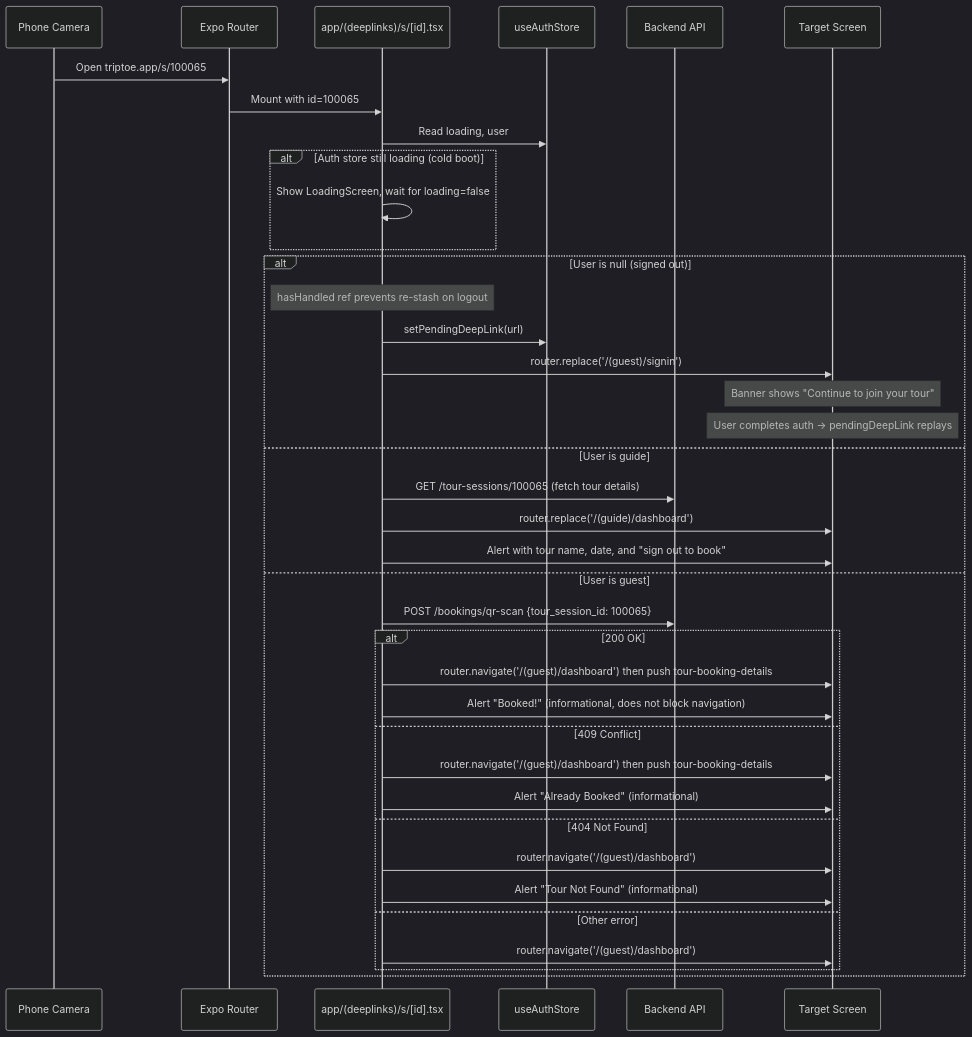
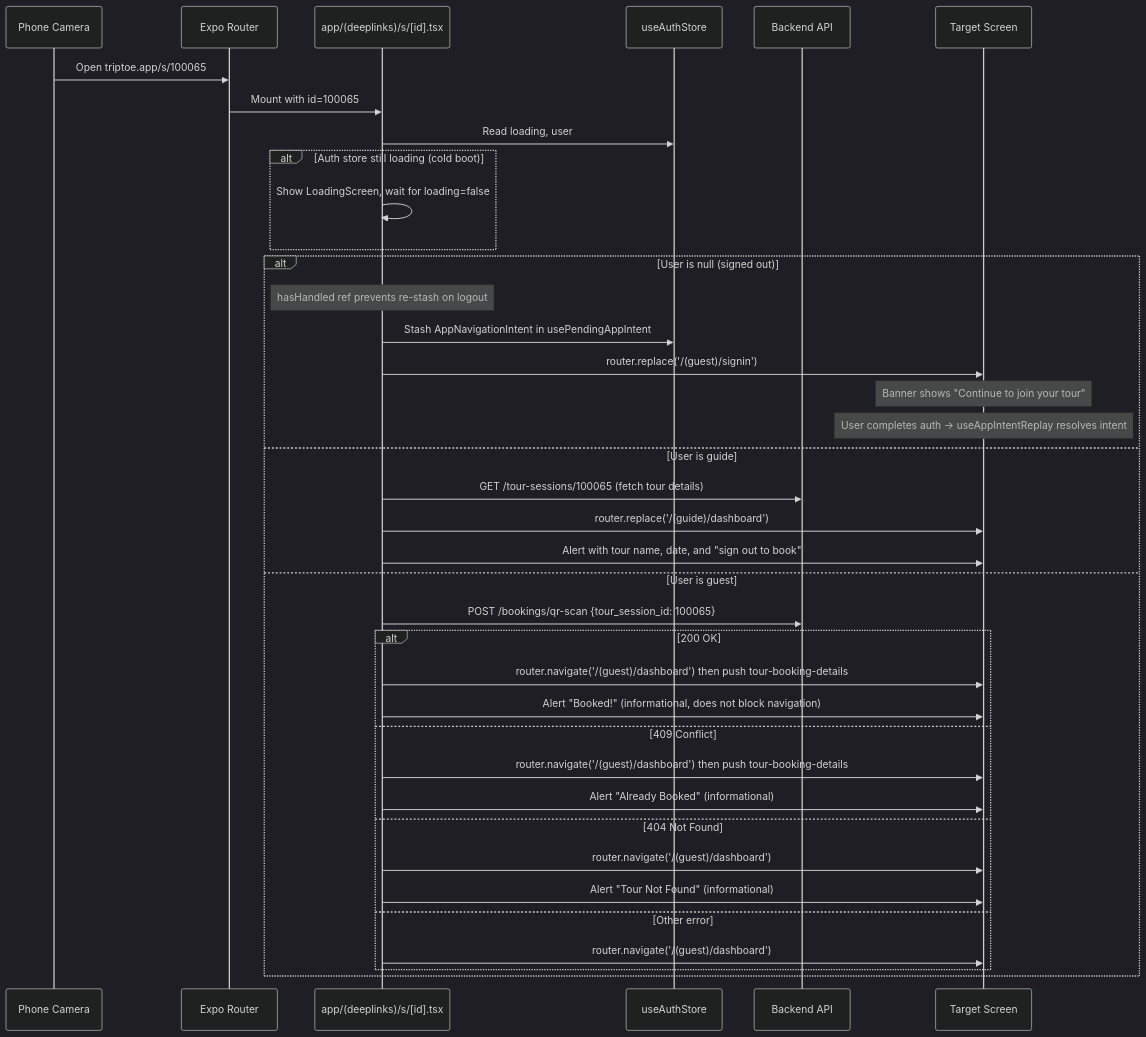
One commit to wariya-placehub/triptoe-docs changed the second of 3 diagrams in 9b_feature_tour_joining_flow.md. Above: the diagram before and after it, drawn with Mermaid (dark theme). The commit also changed other lines of this file and 3 other files, not shown here.

````diff
--- a/9b_feature_tour_joining_flow.md
+++ b/9b_feature_tour_joining_flow.md
@@ -77,44 +77,44 @@
 ```mermaid
 sequenceDiagram
     participant Camera as Phone Camera
     participant Router as Expo Router
     participant Route as app/(deeplinks)/s/[id].tsx
     participant Store as useAuthStore
     participant API as Backend API
     participant Screen as Target Screen
 
     Camera->>Router: Open triptoe.app/s/100065
     Router->>Route: Mount with id=100065
 
     Route->>Store: Read loading, user
 
     alt Auth store still loading (cold boot)
         Route->>Route: Show LoadingScreen, wait for loading=false
     end
 
     alt User is null (signed out)
         Note over Route: hasHandled ref prevents re-stash on logout
-        Route->>Store: setPendingDeepLink(url)
+        Route->>Store: Stash AppNavigationIntent in usePendingAppIntent
         Route->>Screen: router.replace('/(guest)/signin')
         Note over Screen: Banner shows "Continue to join your tour"
-        Note over Screen: User completes auth → pendingDeepLink replays
+        Note over Screen: User completes auth → useAppIntentReplay resolves intent
     else User is guide
         Route->>API: GET /tour-sessions/100065 (fetch tour details)
         Route->>Screen: router.replace('/(guide)/dashboard')
         Route->>Screen: Alert with tour name, date, and "sign out to book"
     else User is guest
         Route->>API: POST /bookings/qr-scan {tour_session_id: 100065}
         alt 200 OK
             Route->>Screen: router.navigate('/(guest)/dashboard') then push tour-booking-details
             Route->>Screen: Alert "Booked!" (informational, does not block navigation)
         else 409 Conflict
             Route->>Screen: router.navigate('/(guest)/dashboard') then push tour-booking-details
             Route->>Screen: Alert "Already Booked" (informational)
         else 404 Not Found
             Route->>Screen: router.navigate('/(guest)/dashboard')
             Route->>Screen: Alert "Tour Not Found" (informational)
         else Other error
             Route->>Screen: router.navigate('/(guest)/dashboard')
         end
     end
 ```
````
